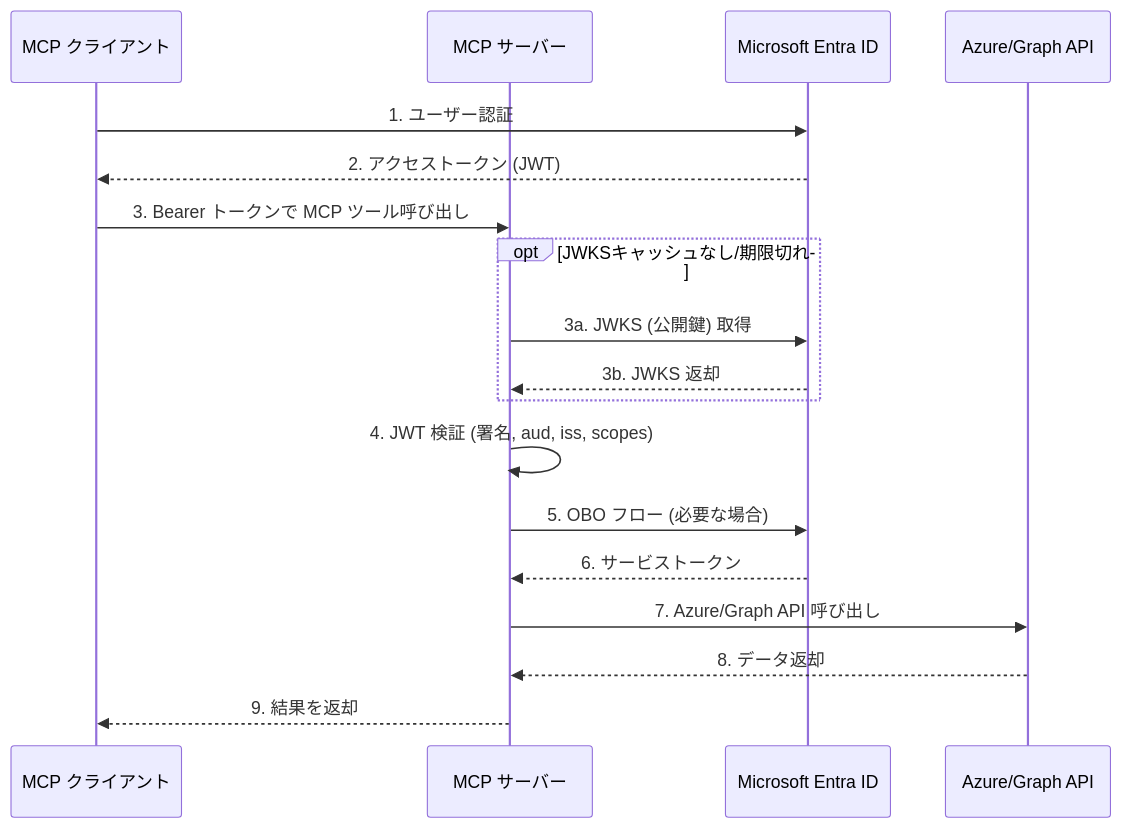
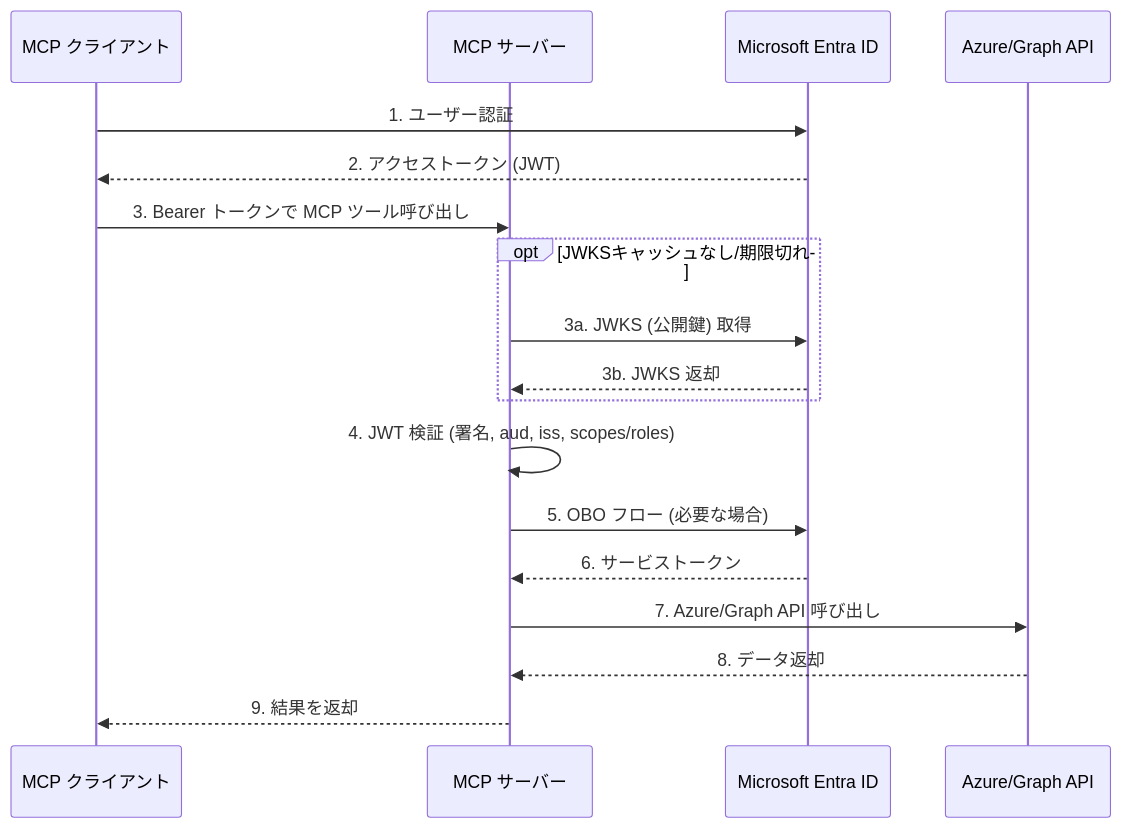
The diagram in README.md (shmiki-microsoft/entra-id-protected-mcp-server), drawn with Mermaid before and after one commit. The commit also changed other lines of this file, not shown here.

````diff
--- a/README.md
+++ b/README.md
@@ -351,21 +374,21 @@
 ```mermaid
 sequenceDiagram
     participant Client as MCP クライアント
     participant Server as MCP サーバー
     participant Entra as Microsoft Entra ID
     participant Azure as Azure/Graph API
 
     Client->>Entra: 1. ユーザー認証
     Entra-->>Client: 2. アクセストークン (JWT)
     Client->>Server: 3. Bearer トークンで MCP ツール呼び出し
     opt JWKSキャッシュなし/期限切れ
         Server->>Entra: 3a. JWKS (公開鍵) 取得
         Entra-->>Server: 3b. JWKS 返却
     end
-    Server->>Server: 4. JWT 検証 (署名, aud, iss, scopes)
+    Server->>Server: 4. JWT 検証 (署名, aud, iss, scopes/roles)
     Server->>Entra: 5. OBO フロー (必要な場合)
     Entra-->>Server: 6. サービストークン
     Server->>Azure: 7. Azure/Graph API 呼び出し
     Azure-->>Server: 8. データ返却
     Server-->>Client: 9. 結果を返却
 ```
````
